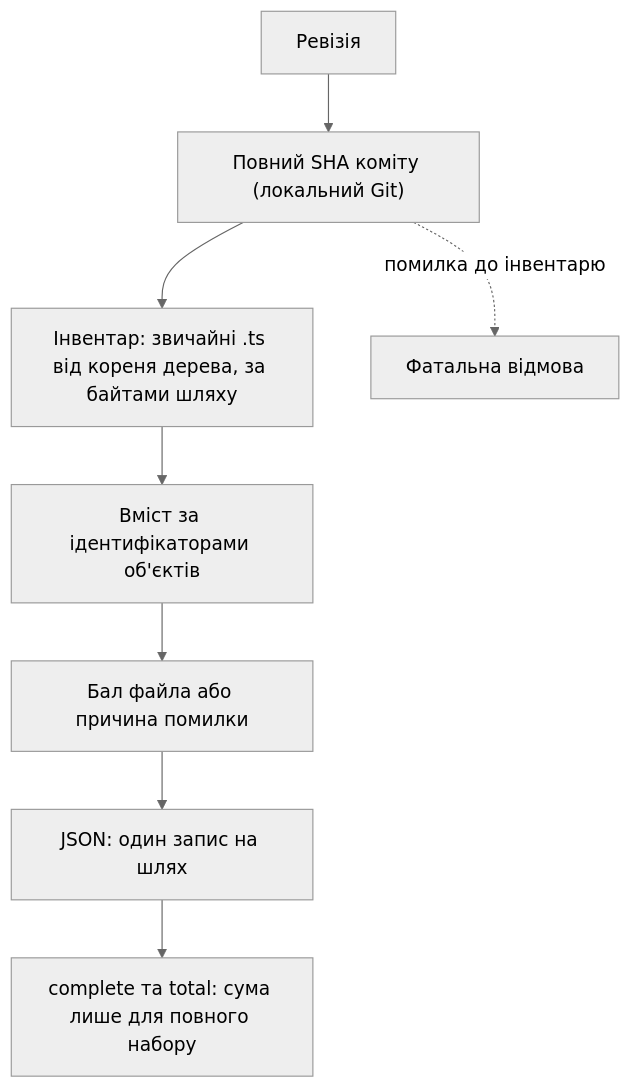
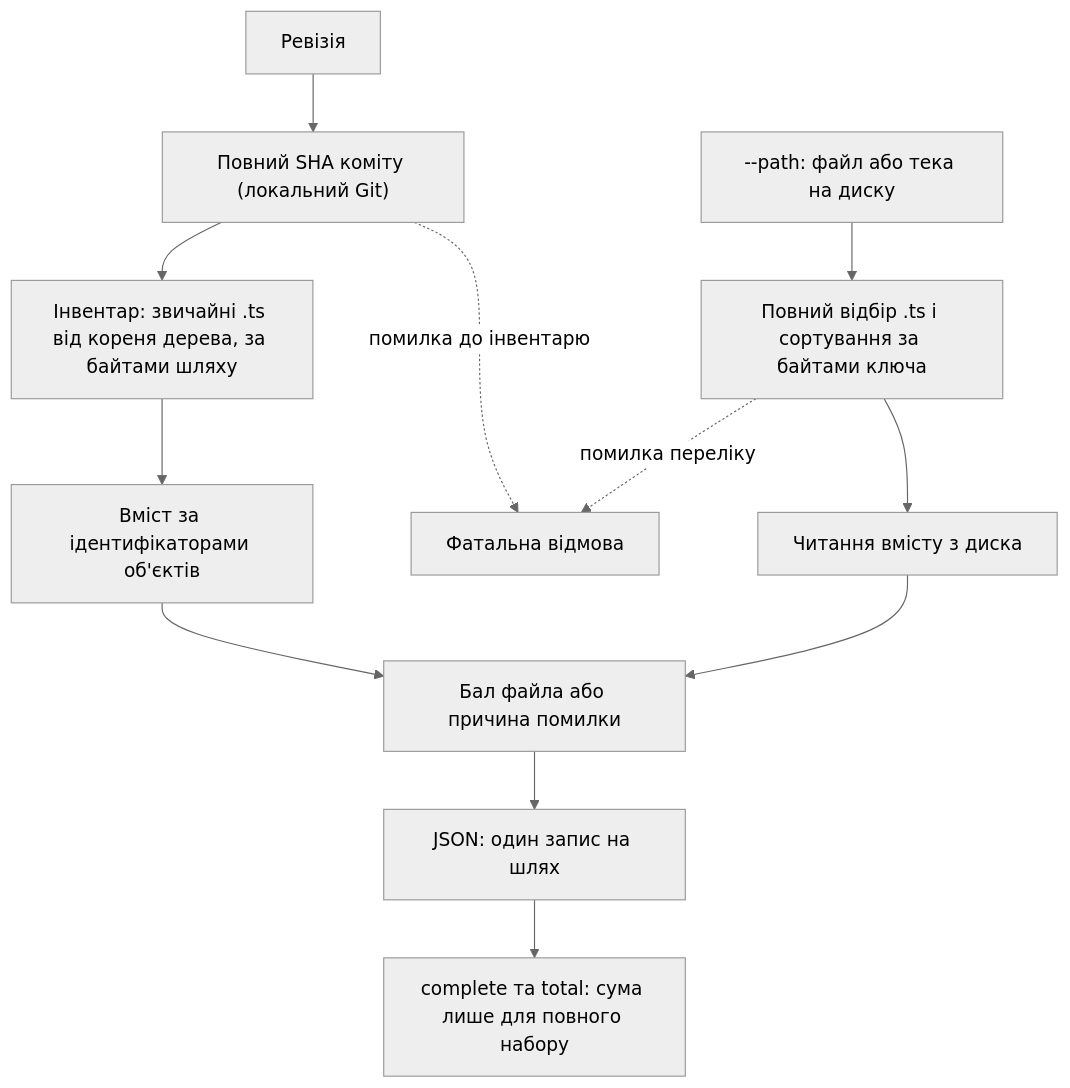
The second of 2 diagrams in docs/architecture/overview.md (maksym-shpak/osavul), drawn with Mermaid (neutral theme) before and after one commit. The commit also changed other lines of this file and 7 other files, not shown here.

````diff
--- a/docs/architecture/overview.md
+++ b/docs/architecture/overview.md
@@ -22,10 +24,14 @@
 ```mermaid
 flowchart TD
   REV["Ревізія"] --> SHA["Повний SHA коміту (локальний Git)"]
   SHA --> INV["Інвентар: звичайні .ts від кореня дерева, за байтами шляху"]
   INV --> BLOB["Вміст за ідентифікаторами об'єктів"]
   BLOB --> SCORE["Бал файла або причина помилки"]
   SCORE --> REPORT["JSON: один запис на шлях"]
   REPORT --> TOTAL["complete та total: сума лише для повного набору"]
   SHA -. помилка до інвентарю .-> FATAL["Фатальна відмова"]
+  PATH["--path: файл або тека на диску"] --> LINV["Повний відбір .ts і сортування за байтами ключа"]
+  LINV --> LREAD["Читання вмісту з диска"]
+  LREAD --> SCORE
+  LINV -. помилка переліку .-> FATAL
 ```
````
